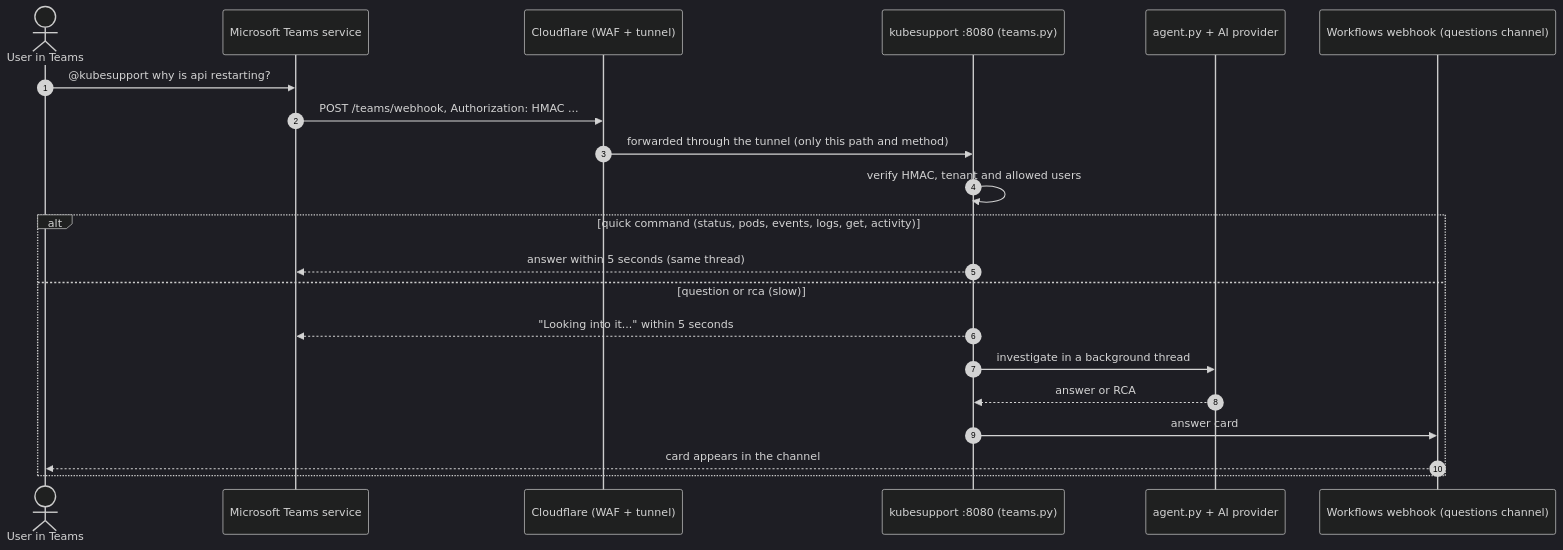
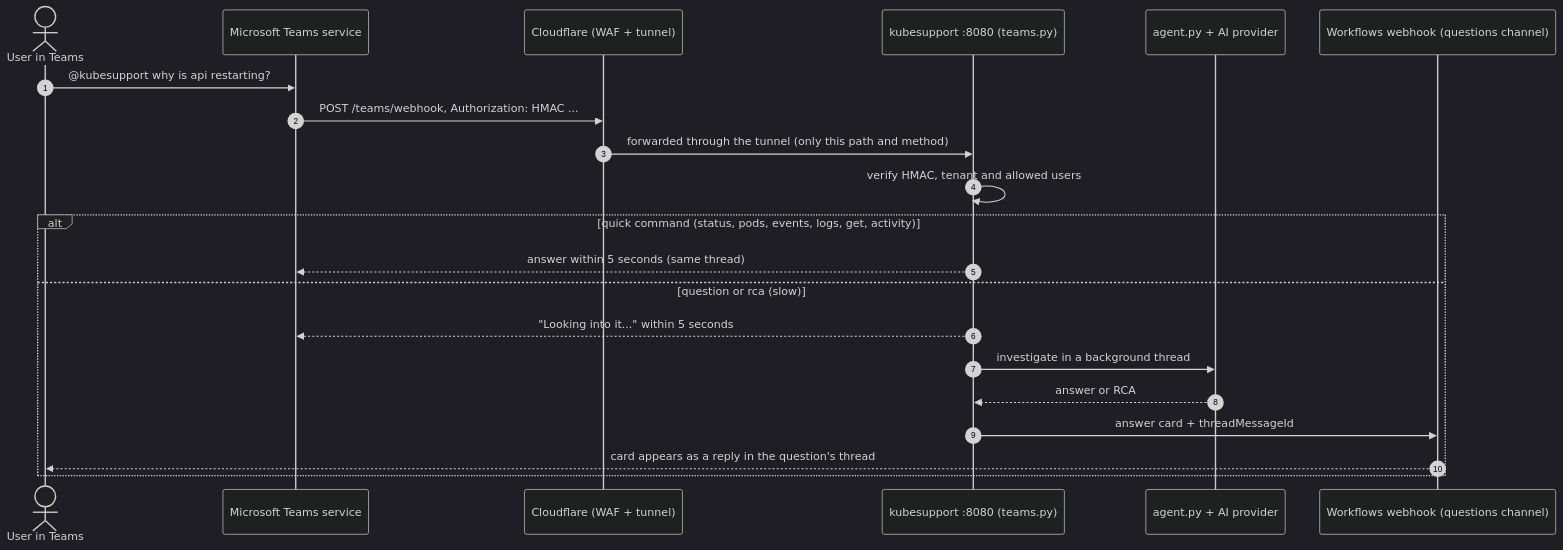
One commit to jaychandra1/Agent-kube changed the sixth of 10 diagrams in docs/ARCHITECTURE.md. Above: the diagram before and after it, drawn with Mermaid (dark theme). The commit also changed other lines of this file and 17 other files, not shown here.

````diff
--- a/docs/ARCHITECTURE.md
+++ b/docs/ARCHITECTURE.md
@@ -190,23 +190,23 @@
 ```mermaid
 sequenceDiagram
     autonumber
     actor U as User in Teams
     participant MS as Microsoft Teams service
     participant CF as Cloudflare (WAF + tunnel)
     participant TA as kubesupport :8080 (teams.py)
     participant A as agent.py + AI provider
     participant WH as Workflows webhook (questions channel)
     U->>MS: @kubesupport why is api restarting?
     MS->>CF: POST /teams/webhook, Authorization: HMAC ...
     CF->>TA: forwarded through the tunnel (only this path and method)
     TA->>TA: verify HMAC, tenant and allowed users
     alt quick command (status, pods, events, logs, get, activity)
         TA-->>MS: answer within 5 seconds (same thread)
     else question or rca (slow)
         TA-->>MS: "Looking into it..." within 5 seconds
         TA->>A: investigate in a background thread
         A-->>TA: answer or RCA
-        TA->>WH: answer card
-        WH-->>U: card appears in the channel
+        TA->>WH: answer card + threadMessageId
+        WH-->>U: card appears as a reply in the question's thread
     end
 ```
````
